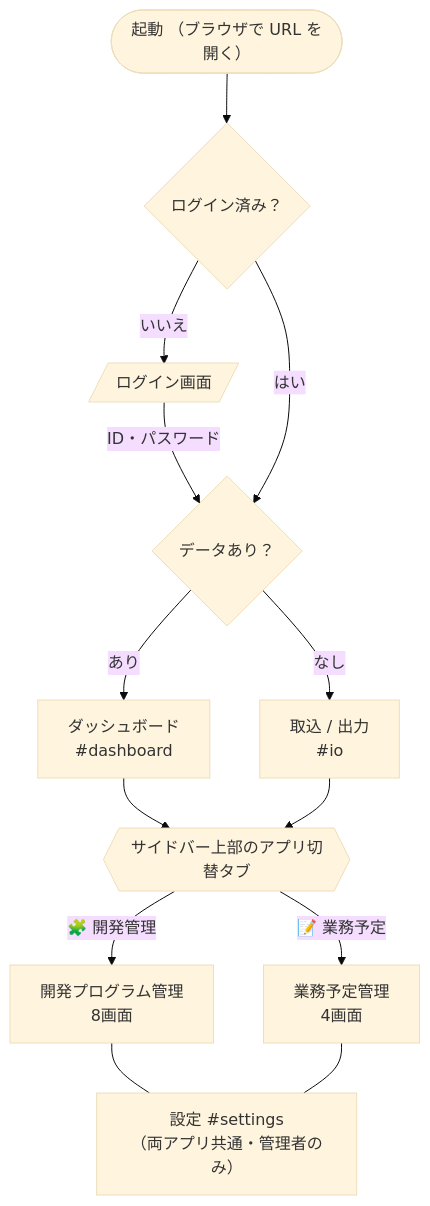
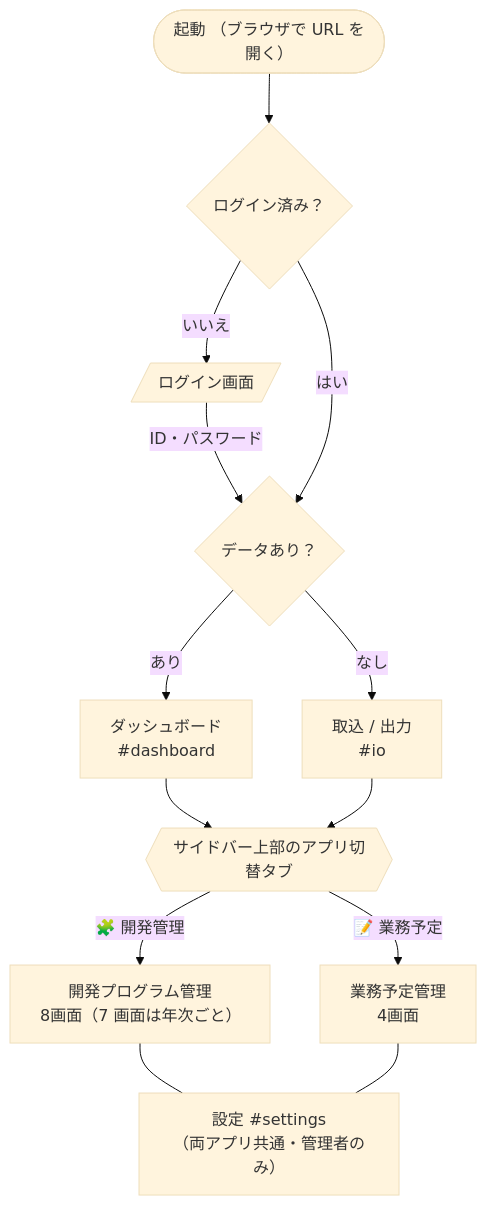
Before and after one commit to okSJ28/management-tool: the first of 7 diagrams in docs/画面遷移図.md, drawn with Mermaid (base theme). The commit also changed other lines of this file and 10 other files, not shown here.

````diff
--- a/docs/画面遷移図.md
+++ b/docs/画面遷移図.md
@@ -50,18 +50,18 @@
 ```mermaid
 flowchart TB
     START(["起動 （ブラウザで URL を開く）"]) --> AUTH{"ログイン済み？"}
     AUTH -- "いいえ" --> LOGIN[/"ログイン画面"/]
     LOGIN -- "ID・パスワード" --> BOOT
     AUTH -- "はい" --> BOOT{"データあり？"}
     BOOT -- "あり" --> DASH["ダッシュボード<br/>#dashboard"]
     BOOT -- "なし" --> IO["取込 / 出力<br/>#io"]
 
     DASH --> TAB
     IO --> TAB
     TAB{{"サイドバー上部のアプリ切替タブ"}}
-    TAB -- "🧩 開発管理" --> DEVAPP["開発プログラム管理<br/>8画面"]
+    TAB -- "🧩 開発管理" --> DEVAPP["開発プログラム管理<br/>8画面（7 画面は年次ごと）"]
     TAB -- "📝 業務予定" --> PLANAPP["業務予定管理<br/>4画面"]
 
     DEVAPP --- SET["設定 #settings<br/>（両アプリ共通・管理者のみ）"]
     PLANAPP --- SET
 ```
````
